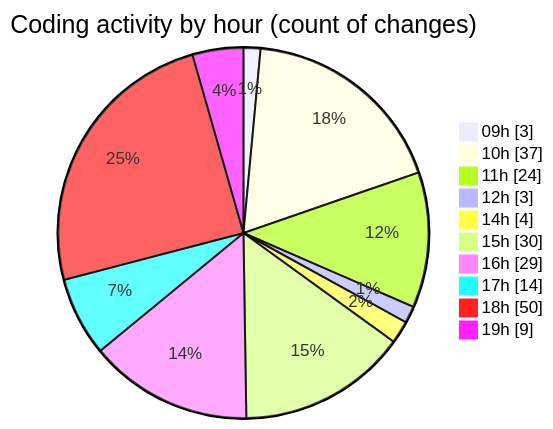
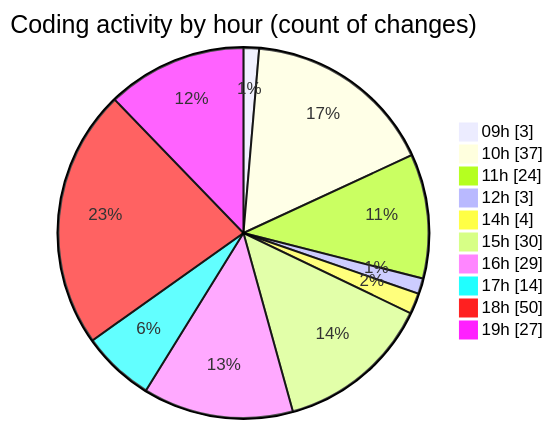
Before and after one commit to CELIANVF/code-tracking: the second of 2 diagrams in 2025-05-02/ecodeli/README.md, drawn with Mermaid. The commit also changed other lines of this file and 1 other file, not shown here.

````diff
--- a/2025-05-02/ecodeli/README.md
+++ b/2025-05-02/ecodeli/README.md
@@ -103,14 +103,14 @@
 ```mermaid
 pie showData
 title Coding activity by hour (count of changes)
 "09h" : 3
 "10h" : 37
 "11h" : 24
 "12h" : 3
 "14h" : 4
 "15h" : 30
 "16h" : 29
 "17h" : 14
 "18h" : 50
-"19h" : 9
+"19h" : 27
 ```
````
